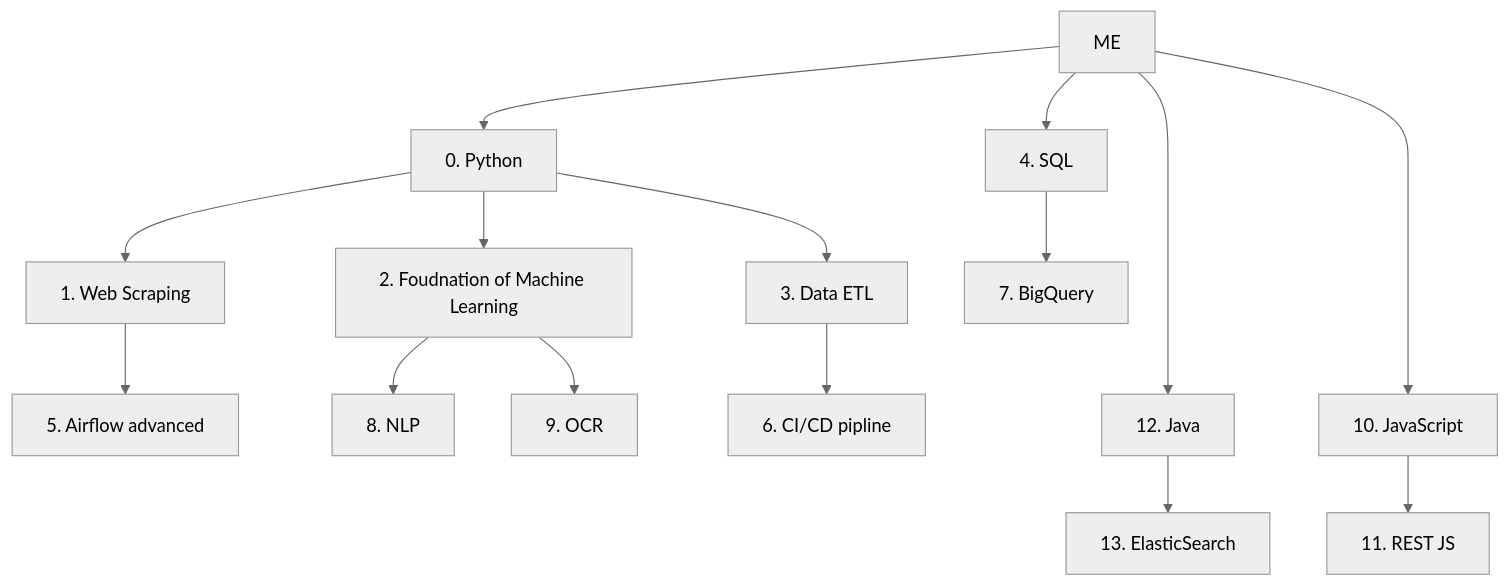
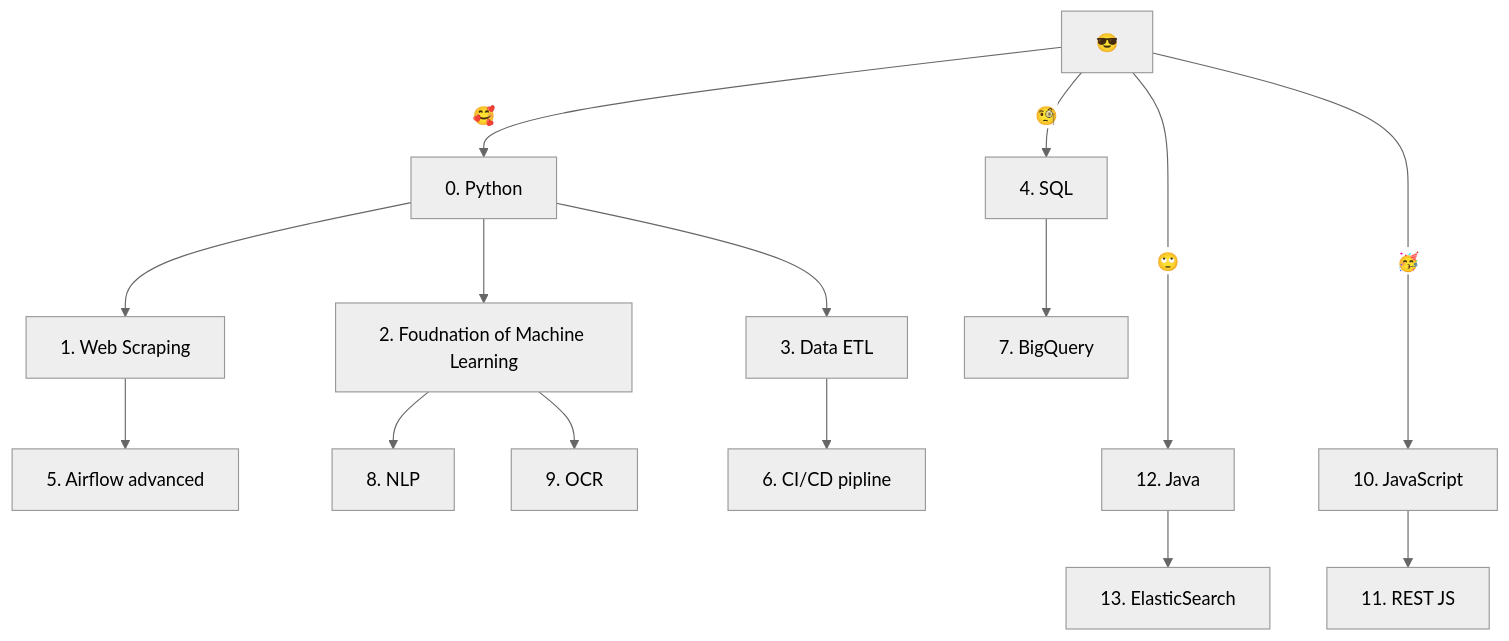
One commit to kenchudigital/learning-path changed the diagram in README.md. Above: the diagram before and after it, drawn with Mermaid (neutral theme).

````diff
--- a/README.md
+++ b/README.md
@@ -4,18 +4,18 @@
 ```mermaid
   graph TD;
-      Z[ME];
-      Z --> A[0. Python];
+      Z["😎"];
+      Z --"🥰"--> A[0. Python];
       A --> B[1. Web Scraping]
       A --> C[2. Foudnation of Machine Learning]
       A --> D[3. Data ETL]
-      Z --> H[4. SQL]
+      Z --"🧐"--> H[4. SQL]
       D --> E[6. CI/CD pipline]
-      Z ----> F[12. Java]
-      Z ----> M[10. JavaScript]
+      Z --"🙄"----> F[12. Java]
+      Z --"🥳"----> M[10. JavaScript]
       M --> N[11. REST JS]
       B --> G[5. Airflow advanced]
       H --> I[7. BigQuery]
       C --> J[8. NLP]
       C --> K[9. OCR]
       F --> L[13. ElasticSearch]
 ```
````
